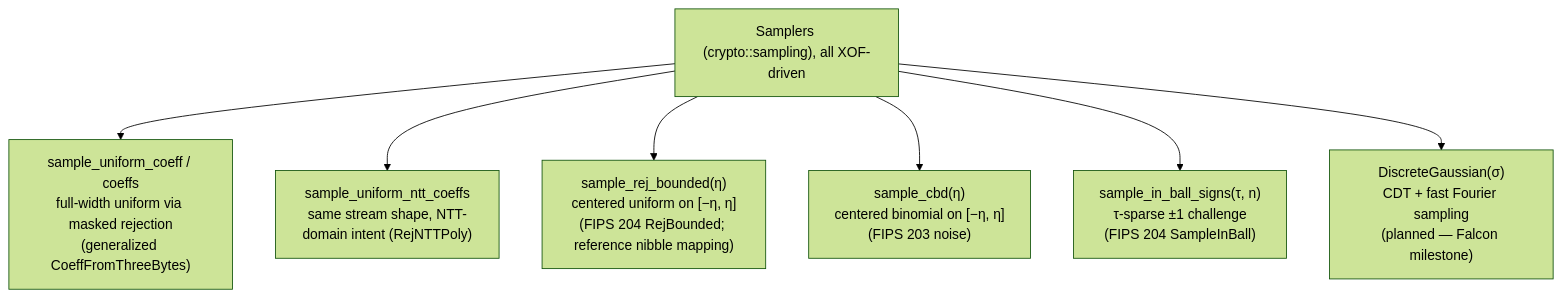
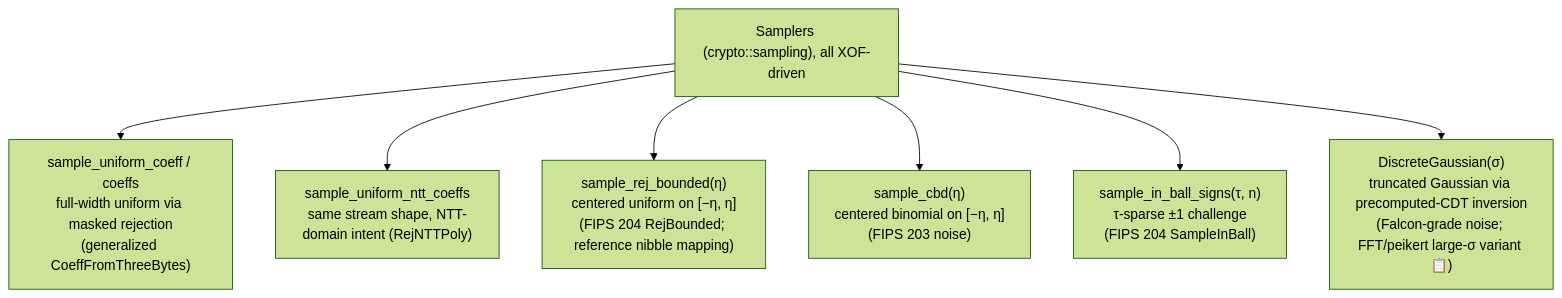
Before and after one commit to SuccinctPaul/lattice-algebra-rs: the diagram in docs/src/pages/design/sampling.mdx, drawn with Mermaid (forest theme). The commit also changed other lines of this file and 57 other files, not shown here.

````diff
--- a/docs/src/pages/design/sampling.mdx
+++ b/docs/src/pages/design/sampling.mdx
@@ -7,10 +7,10 @@
 ```mermaid
 flowchart TD
     S["Samplers (crypto::sampling), all XOF-driven"]
     S --> U["sample_uniform_coeff / coeffs<br/>full-width uniform via masked rejection<br/>(generalized CoeffFromThreeBytes)"]
     S --> RN["sample_uniform_ntt_coeffs<br/>same stream shape, NTT-domain intent (RejNTTPoly)"]
     S --> RB["sample_rej_bounded(η)<br/>centered uniform on [−η, η]<br/>(FIPS 204 RejBounded; reference nibble mapping)"]
     S --> C["sample_cbd(η)<br/>centered binomial on [−η, η]<br/>(FIPS 203 noise)"]
     S --> IB["sample_in_ball_signs(τ, n)<br/>τ-sparse ±1 challenge<br/>(FIPS 204 SampleInBall)"]
-    S --> G["DiscreteGaussian(σ)<br/>CDT + fast Fourier sampling<br/>(planned — Falcon milestone)"]
+    S --> G["DiscreteGaussian(σ)<br/>truncated Gaussian via precomputed-CDT inversion<br/>(Falcon-grade noise; FFT/peikert large-σ variant 📋)"]
 ```
````
